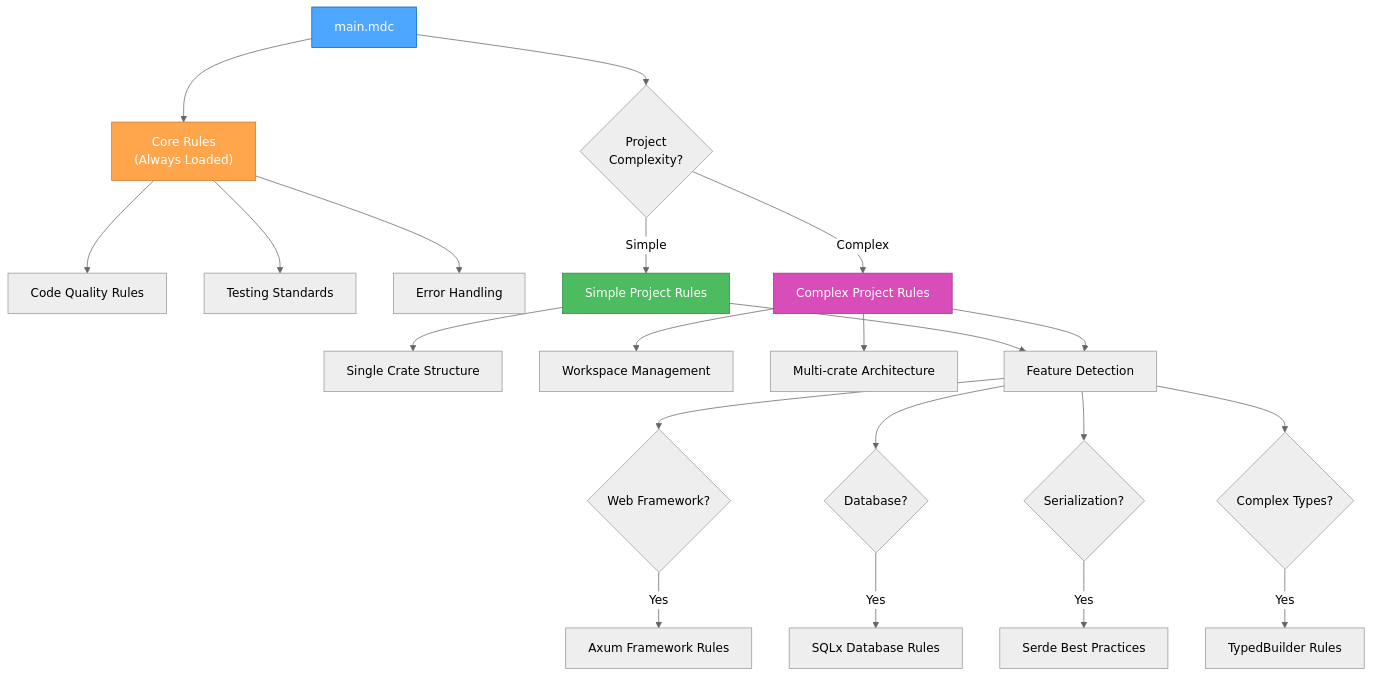
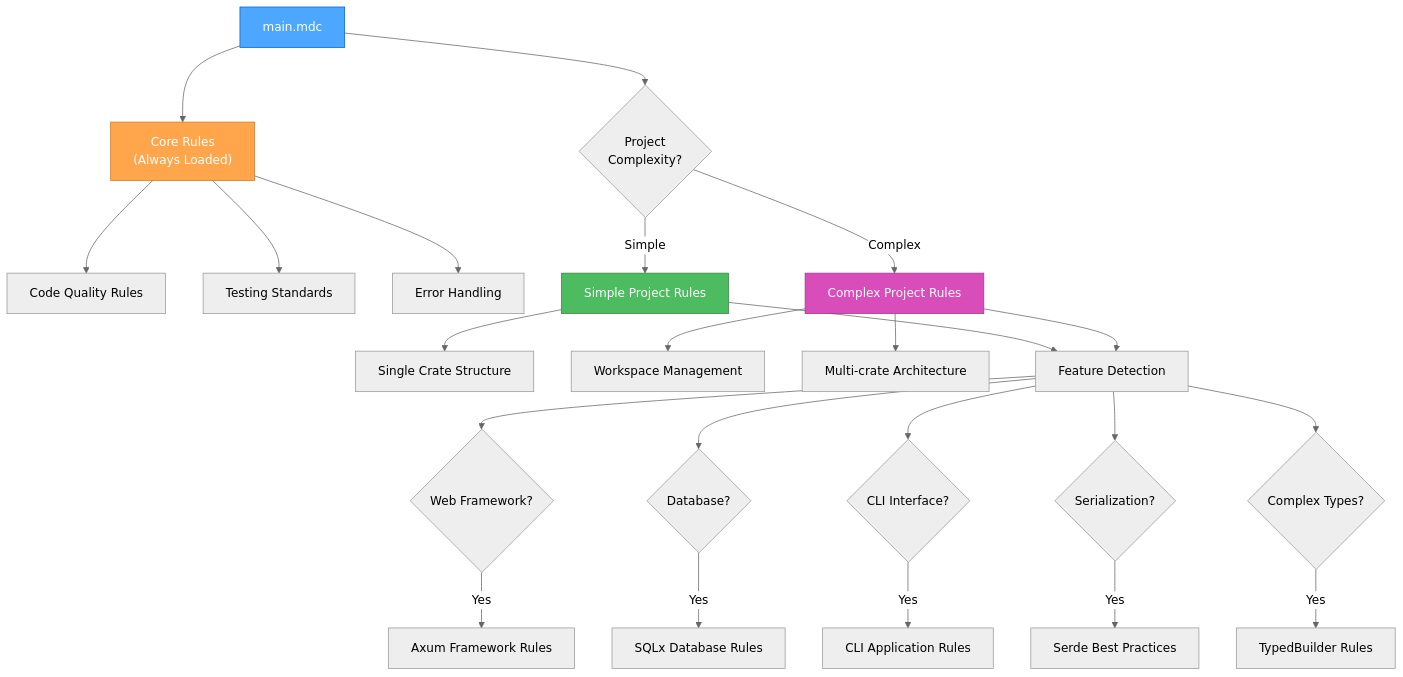
Before and after one commit to JunaYa/cursor-rust-rules: the second of 3 diagrams in .cursor/rules/rust/main.mdc, drawn with Mermaid (neutral theme). The commit also changed other lines of this file and 3 other files, not shown here.

Commit message:
feature: add cli rules

````diff
--- a/.cursor/rules/rust/main.mdc
+++ b/.cursor/rules/rust/main.mdc
@@ -70,33 +72,35 @@
 ```mermaid
 graph TD
     Main["main.mdc"] --> Core["Core Rules<br>(Always Loaded)"]
     Main --> Complexity{"Project<br>Complexity?"}
 
     Core --> Quality["Code Quality Rules"]
     Core --> Testing["Testing Standards"]
     Core --> ErrorHandling["Error Handling"]
 
     Complexity -->|Simple| SimpleRules["Simple Project Rules"]
     Complexity -->|Complex| ComplexRules["Complex Project Rules"]
 
     SimpleRules --> SingleCrate["Single Crate Structure"]
     ComplexRules --> Workspace["Workspace Management"]
     ComplexRules --> MultiCrate["Multi-crate Architecture"]
 
     SimpleRules & ComplexRules --> FeatureDetection["Feature Detection"]
 
     FeatureDetection --> WebFeature{"Web Framework?"}
     FeatureDetection --> DBFeature{"Database?"}
+    FeatureDetection --> CLIFeature{"CLI Interface?"}
     FeatureDetection --> SerdeFeature{"Serialization?"}
     FeatureDetection --> BuilderFeature{"Complex Types?"}
 
     WebFeature -->|Yes| AxumRules["Axum Framework Rules"]
     DBFeature -->|Yes| SQLxRules["SQLx Database Rules"]
+    CLIFeature -->|Yes| CLIRules["CLI Application Rules"]
     SerdeFeature -->|Yes| SerdeRules["Serde Best Practices"]
     BuilderFeature -->|Yes| TypedBuilderRules["TypedBuilder Rules"]
 
     style Main fill:#4da6ff,stroke:#0066cc,color:white
     style Core fill:#ffa64d,stroke:#cc7a30,color:white
     style SimpleRules fill:#4dbb5f,stroke:#36873f,color:white
     style ComplexRules fill:#d94dbb,stroke:#a3378a,color:white
 ```
````
